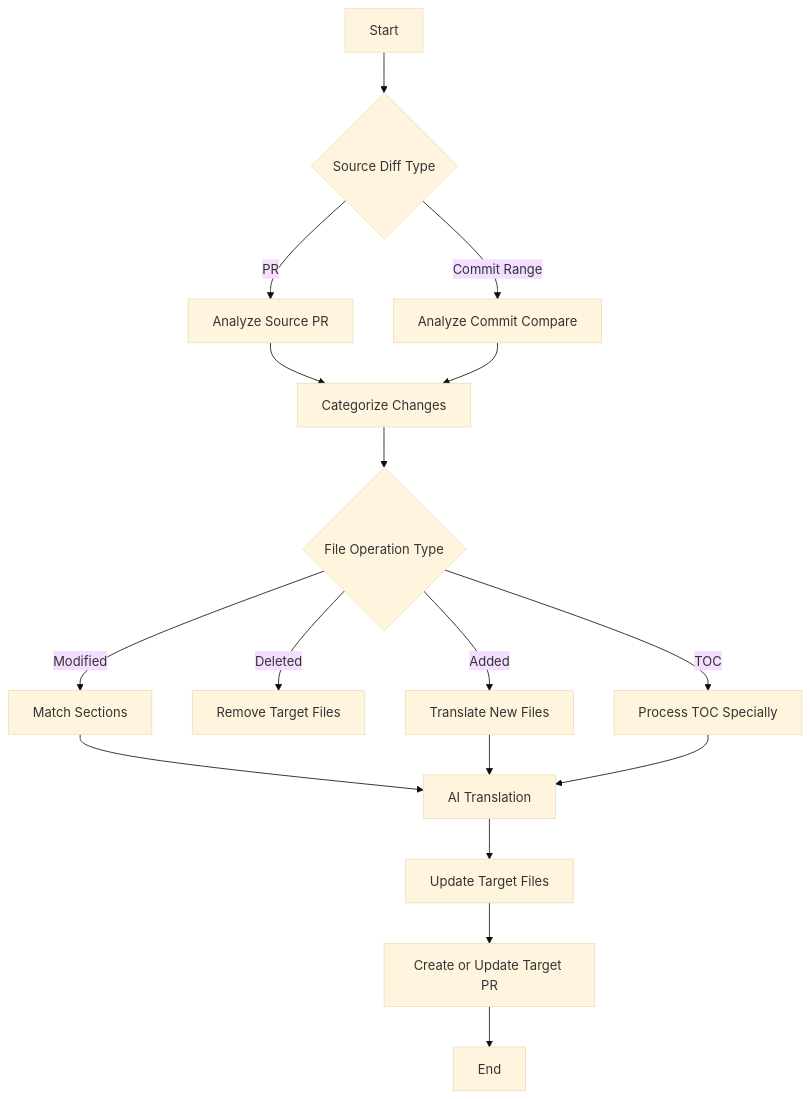
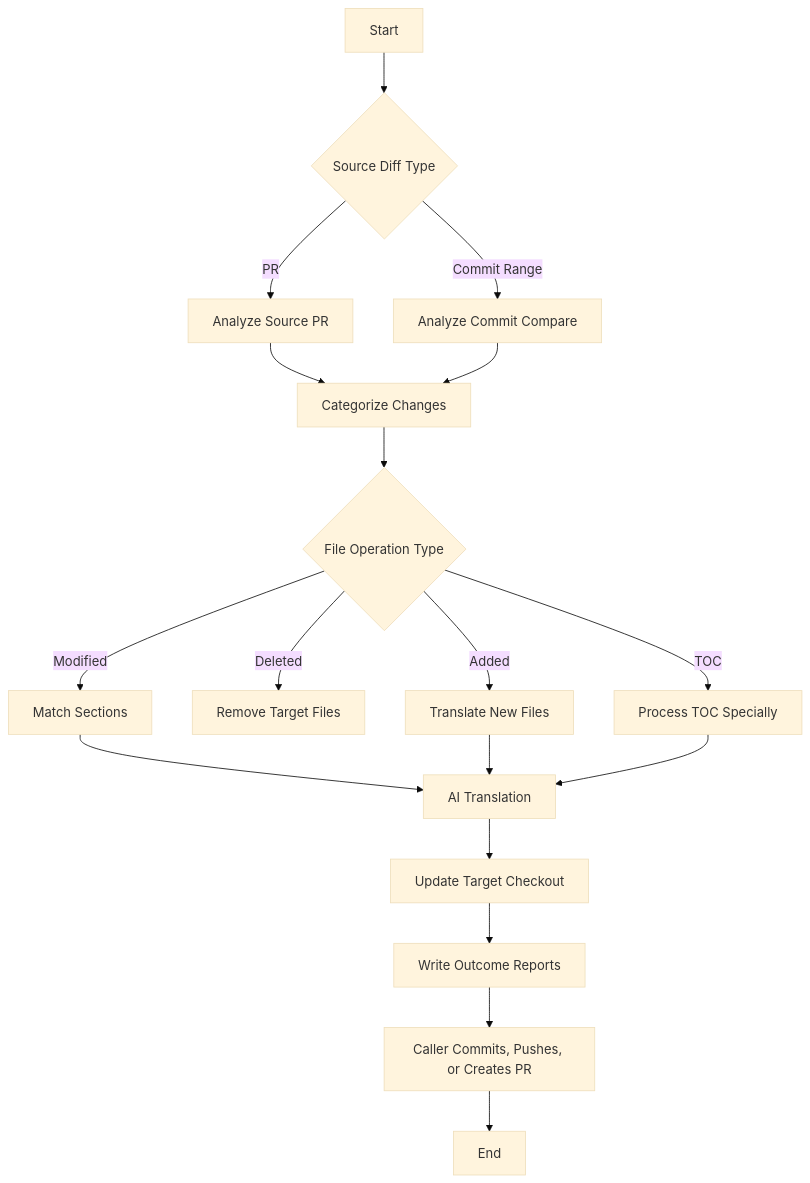
Before and after one commit to qiancai/ai-pr-translator: the diagram in README.md, drawn with Mermaid (base theme). The commit also changed other lines of this file and 1 other file, not shown here.

````diff
--- a/README.md
+++ b/README.md
@@ -253,19 +281,20 @@
 ```mermaid
 graph TD
     A[Start] --> B{"Source Diff Type"}
     B -->|PR| C[Analyze Source PR]
     B -->|Commit Range| D[Analyze Commit Compare]
     C --> E[Categorize Changes]
     D --> E
     E --> F{File Operation Type}
     F -->|Added| G[Translate New Files]
     F -->|Deleted| H[Remove Target Files]
     F -->|Modified| I[Match Sections]
     F -->|TOC| J[Process TOC Specially]
     I --> K[AI Translation]
     G --> K
     J --> K
-    K --> L[Update Target Files]
-    L --> M[Create or Update Target PR]
-    M --> N[End]
+    K --> L[Update Target Checkout]
+    L --> M[Write Outcome Reports]
+    M --> N[Caller Commits, Pushes, or Creates PR]
+    N --> O[End]
 ```
````
